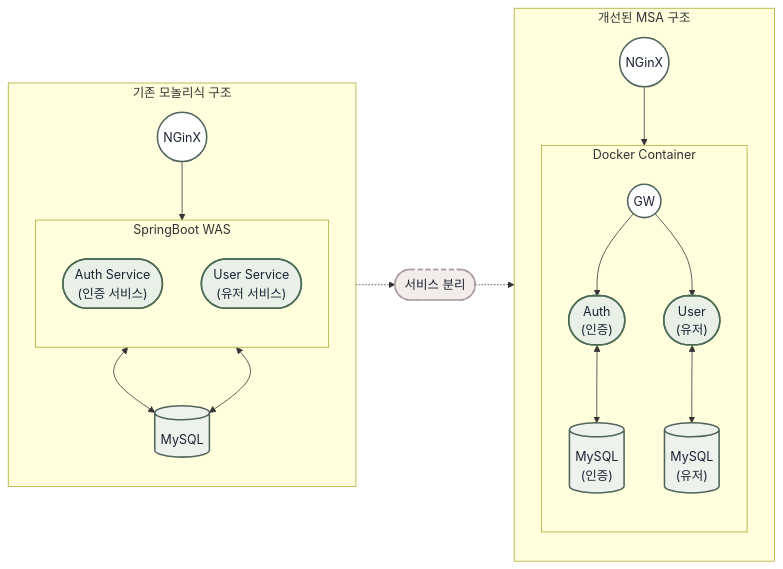
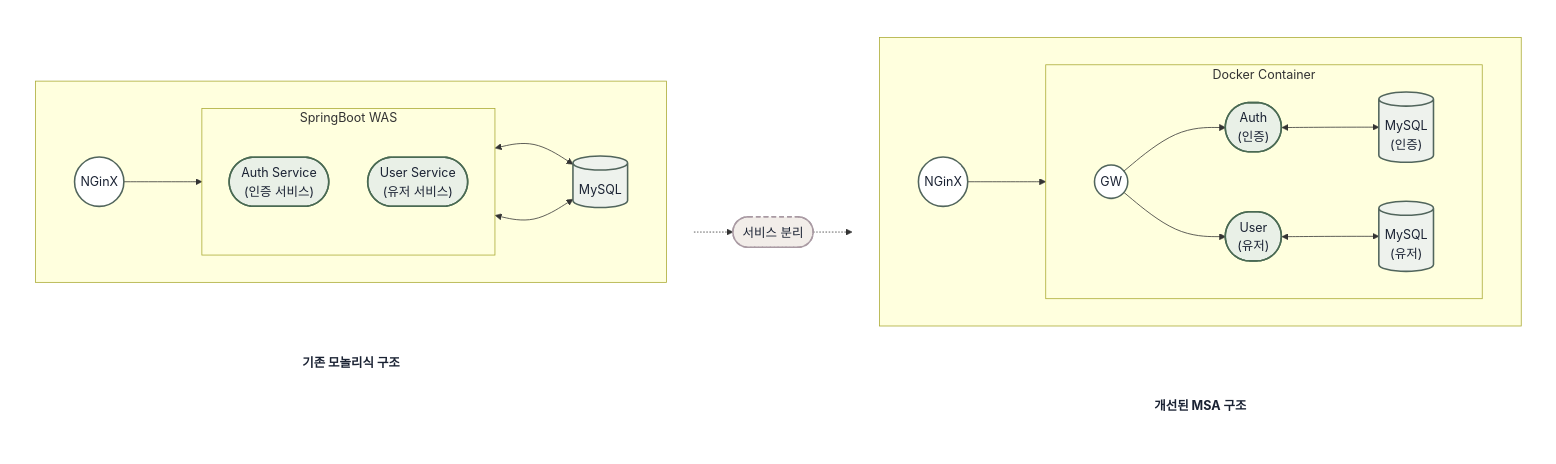
The diagram in assets/docs/problem-situation.mmd (leaf-nam/portfolio), drawn with Mermaid before and after one commit.

Commit message:
feat: flowchart captions below boxes, horizontal layout

```diff
--- a/assets/docs/problem-situation.mmd
+++ b/assets/docs/problem-situation.mmd
@@ -1,43 +1,57 @@
 flowchart LR
     %% 문제 상황: 기존 모놀리식 vs 개선 MSA (초안)
     %% 미리보기: https://mermaid.live 에 붙여넣기
-    subgraph OLD["기존 모놀리식 구조"]
+    subgraph C1[" "]
         direction TB
-        NX1((NGinX))
-        subgraph WAS["SpringBoot WAS"]
-            direction TB
-            A1(["Auth Service<br/>(인증 서비스)"])
-            U1(["User Service<br/>(유저 서비스)"])
+        subgraph OLD[" "]
+            direction LR
+            NX1((NGinX))
+            subgraph WAS["SpringBoot WAS"]
+                direction TB
+                A1(["Auth Service<br/>(인증 서비스)"])
+                U1(["User Service<br/>(유저 서비스)"])
+            end
+            DB1[("MySQL")]
+            NX1 --> WAS
+            A1 <--> DB1
+            U1 <--> DB1
         end
-        DB1[(MySQL)]
-        NX1 --> WAS
-        A1 <--> DB1
-        U1 <--> DB1
+        CAP1["기존 모놀리식 구조"]
+        OLD ~~~ CAP1
     end
     SEP(["서비스 분리"])
-    OLD -.-> SEP
-    SEP -.-> NEW
-    subgraph NEW["개선된 MSA 구조"]
+    C1 -.-> SEP
+    SEP -.-> C2
+    subgraph C2[" "]
         direction TB
-        NX2((NGinX))
-        subgraph DOCK["Docker Container"]
-            direction TB
-            GW((GW))
-            A2(["Auth<br/>(인증)"])
-            U2(["User<br/>(유저)"])
-            DB2[("MySQL<br/>(인증)")]
-            DB3[("MySQL<br/>(유저)")]
-            GW --> A2 & U2
-            A2 <--> DB2
-            U2 <--> DB3
+        subgraph NEW[" "]
+            direction LR
+            NX2((NGinX))
+            subgraph DOCK["Docker Container"]
+                direction LR
+                GW((GW))
+                A2(["Auth<br/>(인증)"])
+                U2(["User<br/>(유저)"])
+                DB2[("MySQL<br/>(인증)")]
+                DB3[("MySQL<br/>(유저)")]
+                GW --> A2 & U2
+                A2 <--> DB2
+                U2 <--> DB3
+            end
+            NX2 --> GW
         end
-        NX2 --> GW
+        CAP2["개선된 MSA 구조"]
+        NEW ~~~ CAP2
     end
     classDef svc fill:#e9f0e7,stroke:#4a6a53,stroke-width:2px,color:#1a2233
     classDef infra fill:#ffffff,stroke:#51655c,stroke-width:2px,color:#1a2233
     classDef db fill:#eef2ed,stroke:#51655c,stroke-width:2px,color:#1a2233
     classDef sep fill:#f2ede9,stroke:#a99aa3,stroke-width:2px,stroke-dasharray:6 4,color:#1a2233
+    classDef clear fill:transparent,stroke:transparent
+    classDef cap fill:transparent,stroke:transparent,color:#1a2233,font-weight:bold
     class A1,U1,A2,U2 svc
     class NX1,NX2,GW infra
     class DB1,DB2,DB3 db
     class SEP sep
+    class C1,C2 clear
+    class CAP1,CAP2 cap
```
